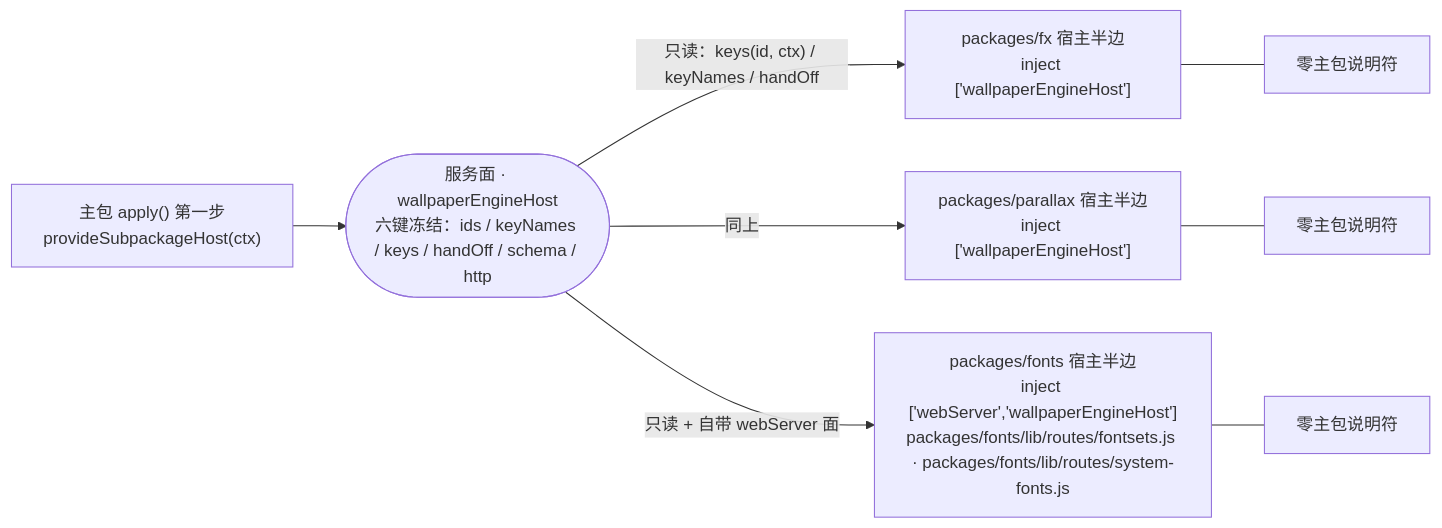
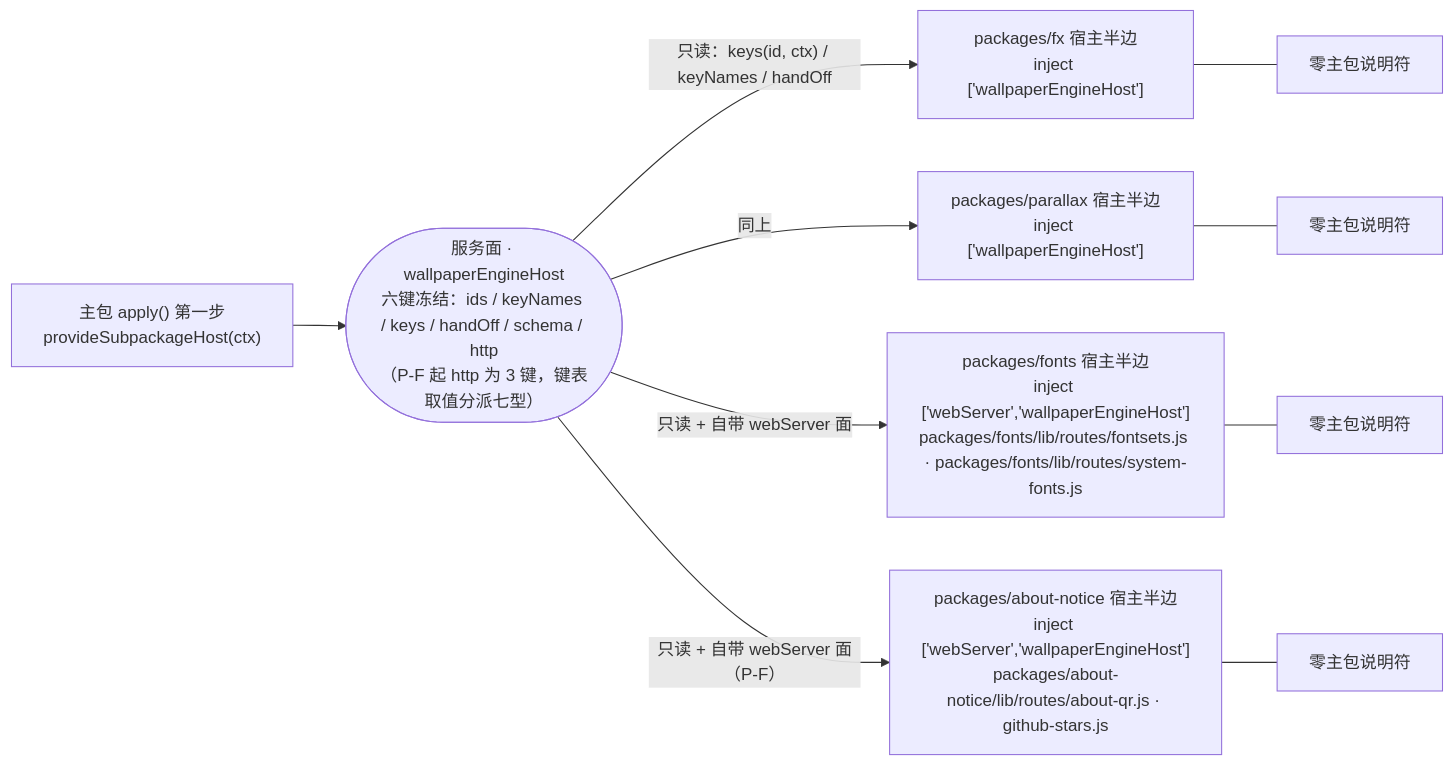
Before and after one commit to AuroraAeon/dsh-wallpaper-engine: the second of 3 diagrams in docs/SUBPACKAGE-GRAPH.md, drawn with Mermaid. The commit also changed other lines of this file and 31 other files, not shown here.

First line of the commit message:
refactor(bundle-split): P-F 组件行统一 —— 步 0 接线 + about-notice 出户

````diff
--- a/docs/SUBPACKAGE-GRAPH.md
+++ b/docs/SUBPACKAGE-GRAPH.md
@@ -46,12 +49,14 @@
 ```mermaid
 graph LR
   APPLY["主包 apply() 第一步<br/>provideSubpackageHost(ctx)"]
-  SVC(["服务面 · wallpaperEngineHost<br/>六键冻结：ids / keyNames / keys / handOff / schema / http"])
+  SVC(["服务面 · wallpaperEngineHost<br/>六键冻结：ids / keyNames / keys / handOff / schema / http<br/>（P-F 起 http 为 3 键，键表取值分派七型）"])
   APPLY --> SVC
   SVC -->|"只读：keys(id, ctx) / keyNames / handOff"| FX["packages/fx 宿主半边<br/>inject ['wallpaperEngineHost']"]
   SVC -->|"同上"| PX["packages/parallax 宿主半边<br/>inject ['wallpaperEngineHost']"]
   SVC -->|"只读 + 自带 webServer 面"| FT["packages/fonts 宿主半边<br/>inject ['webServer','wallpaperEngineHost']<br/>packages/fonts/lib/routes/fontsets.js · packages/fonts/lib/routes/system-fonts.js"]
+  SVC -->|"只读 + 自带 webServer 面（P-F）"| AN["packages/about-notice 宿主半边<br/>inject ['webServer','wallpaperEngineHost']<br/>packages/about-notice/lib/routes/about-qr.js · github-stars.js"]
   FX --- N1["零主包说明符"]
   PX --- N2["零主包说明符"]
   FT --- N3["零主包说明符"]
+  AN --- N4["零主包说明符"]
 ```
````
